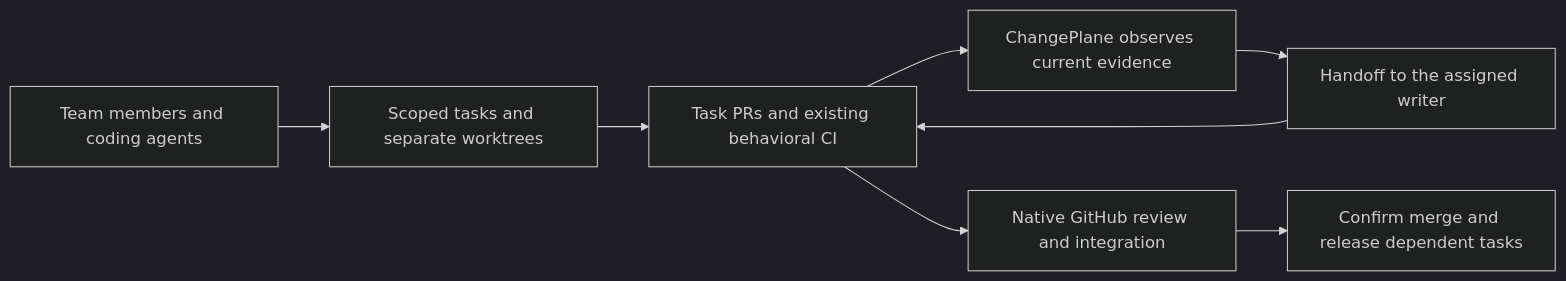
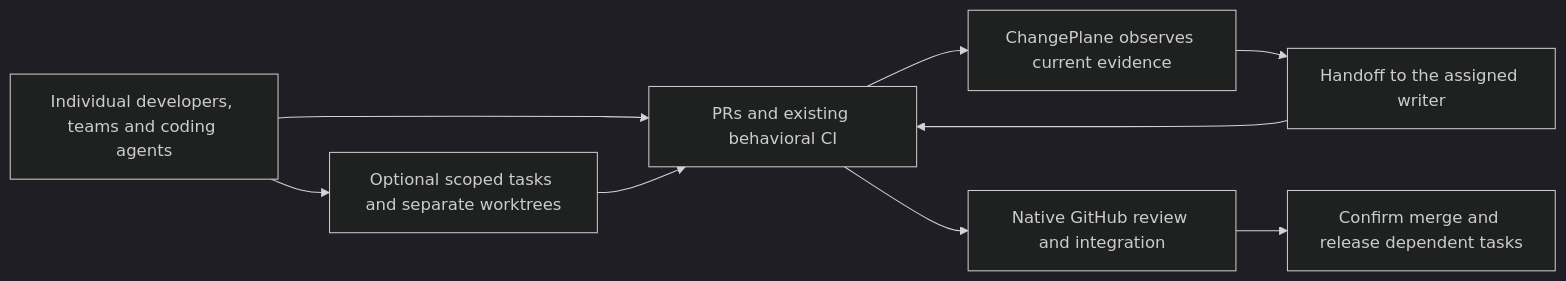
The diagram in README.md (LeChiffreVol2/changeplane), drawn with Mermaid (dark theme) before and after one commit. The commit also changed other lines of this file and 8 other files, not shown here.

Commit message:
Add Individual and Teams settings with explicit repository drafts (#62)

````diff
--- a/README.md
+++ b/README.md
@@ -46,10 +56,11 @@
 ```mermaid
 flowchart LR
-  A[Team members and coding agents] --> B[Scoped tasks and separate worktrees]
-  B --> C[Task PRs and existing behavioral CI]
+  A[Individual developers, teams and coding agents] --> C[PRs and existing behavioral CI]
+  A --> B[Optional scoped tasks and separate worktrees]
+  B --> C
   C --> D[ChangePlane observes current evidence]
   D --> E[Handoff to the assigned writer]
   E --> C
   C --> F[Native GitHub review and integration]
   F --> G[Confirm merge and release dependent tasks]
 ```
````
